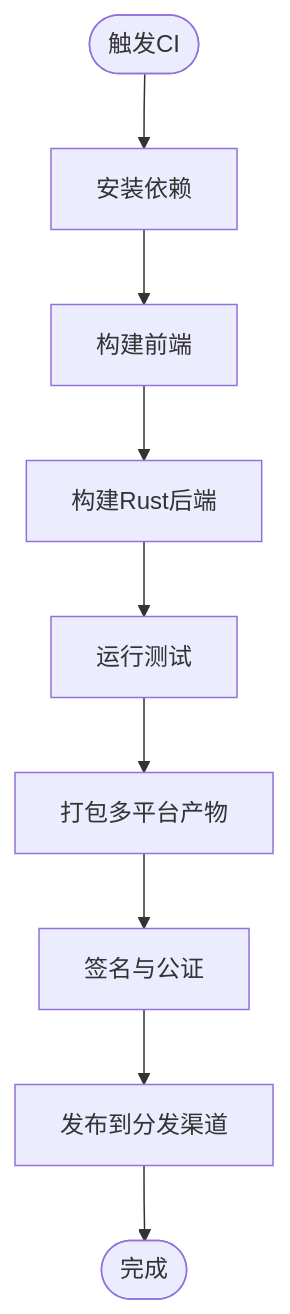
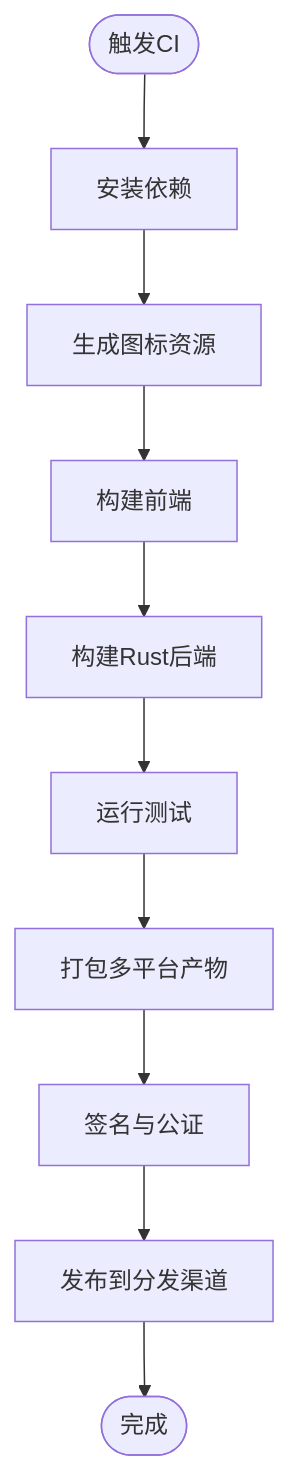
Before and after one commit to Wumiu/Petra: the eighth of 9 diagrams in .qoder/repowiki/zh/content/构建与部署/构建与部署.md, drawn with Mermaid. The commit also changed other lines of this file and 58 other files, not shown here.

Commit message:
chore: 更新应用图标

````diff
--- a/.qoder/repowiki/zh/content/构建与部署/构建与部署.md
+++ b/.qoder/repowiki/zh/content/构建与部署/构建与部署.md
@@ -277,11 +337,12 @@
 ```mermaid
 flowchart TD
 Start(["触发CI"]) --> Install["安装依赖"]
-Install --> BuildFE["构建前端"]
+Install --> GenerateIcons["生成图标资源"]
+GenerateIcons --> BuildFE["构建前端"]
 BuildFE --> BuildBE["构建Rust后端"]
 BuildBE --> Test["运行测试"]
 Test --> Pack["打包多平台产物"]
 Pack --> Sign["签名与公证"]
 Sign --> Publish["发布到分发渠道"]
 Publish --> End(["完成"])
 ```
````
